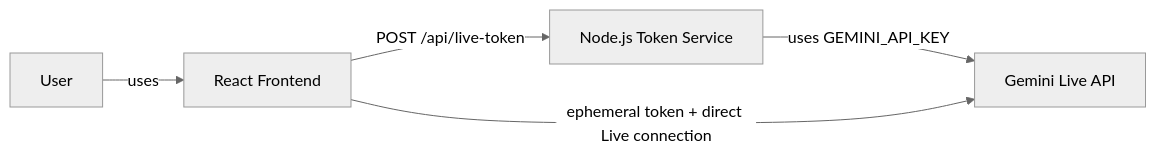
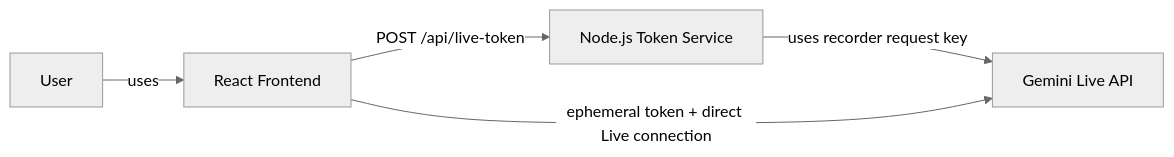
The first of 3 diagrams in docs/architecture/architecture-overview.md (AS-ITS/live-translate), drawn with Mermaid (neutral theme) before and after one commit. The commit also changed other lines of this file and 36 other files, not shown here.

````diff
--- a/docs/architecture/architecture-overview.md
+++ b/docs/architecture/architecture-overview.md
@@ -99,12 +99,12 @@
 ```mermaid
 flowchart LR
   User[User]
   Frontend[React Frontend]
   Backend[Node.js Token Service]
   Gemini[Gemini Live API]
 
   User -->|uses| Frontend
   Frontend -->|POST /api/live-token| Backend
-  Backend -->|uses GEMINI_API_KEY| Gemini
+Backend -->|uses recorder request key| Gemini
   Frontend -->|ephemeral token + direct Live connection| Gemini
 ```
````
